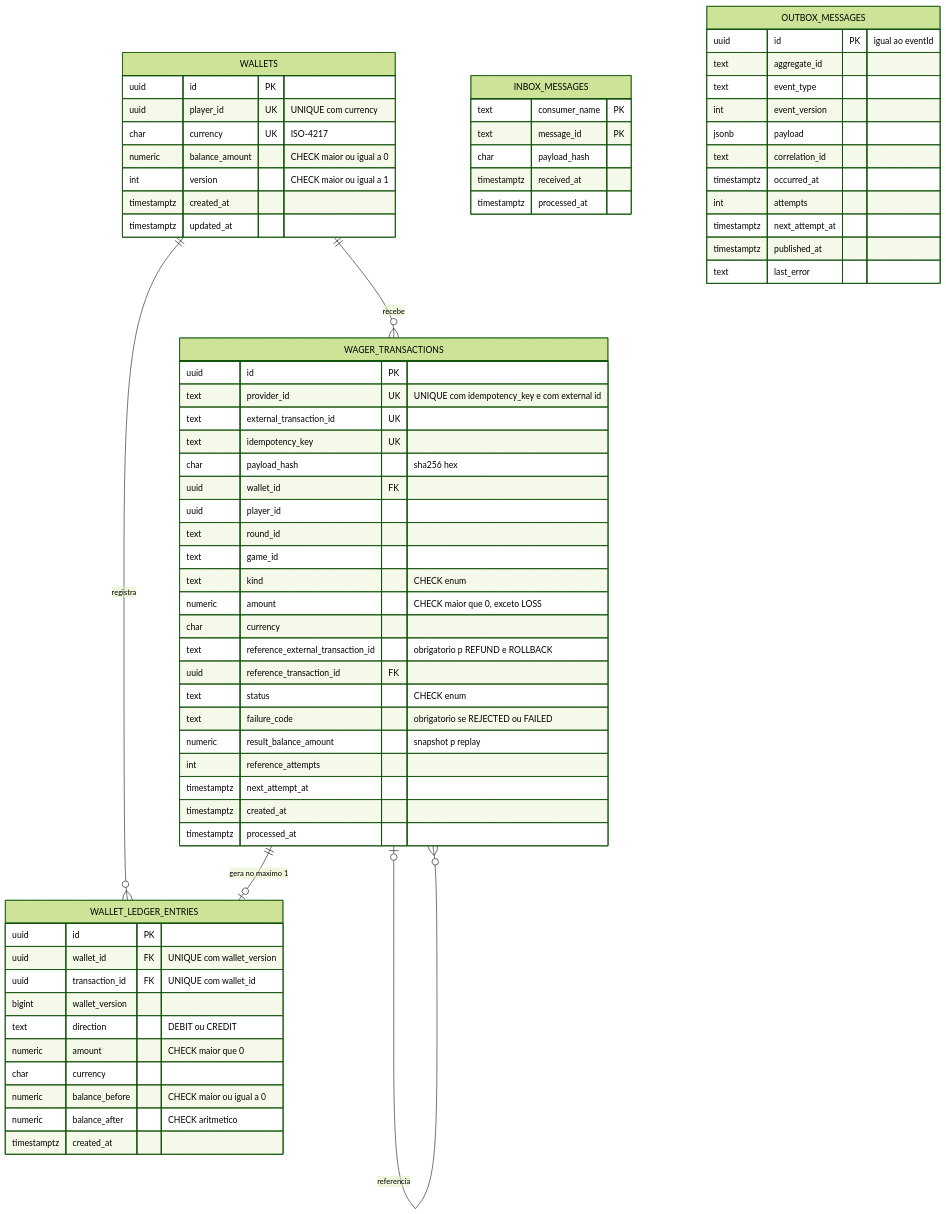
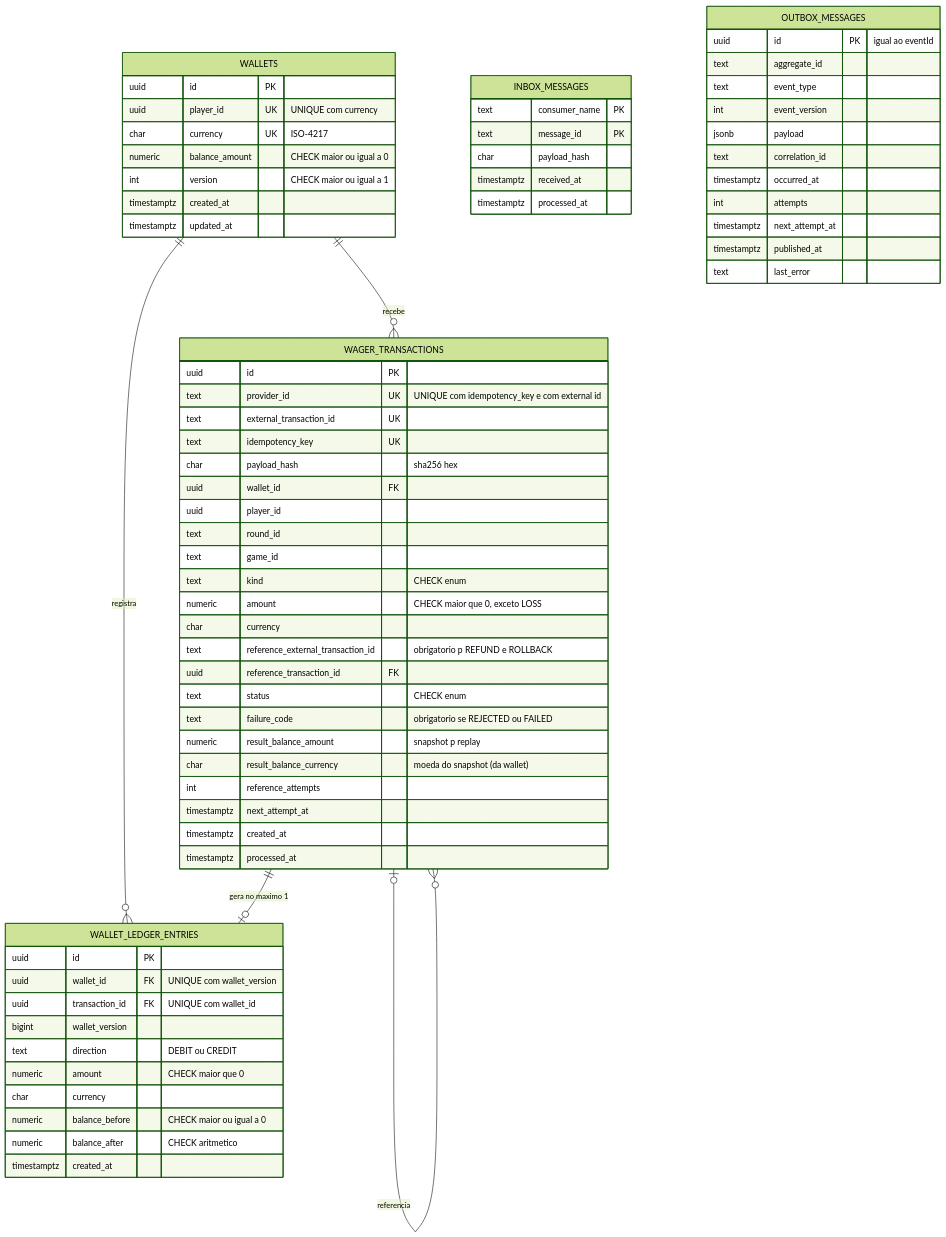
One commit to RodrigoTorreao/jungle-backend changed the sixth of 13 diagrams in ARCHITECTURE.md. Above: the diagram before and after it, drawn with Mermaid (forest theme). The commit also changed other lines of this file and 4 other files, not shown here.

Commit message:
docs: sprint 2 schema guarantees, ADR-013 and decision log entries

````diff
--- a/ARCHITECTURE.md
+++ b/ARCHITECTURE.md
@@ -308,72 +308,73 @@
 ```mermaid
 erDiagram
     WALLETS ||--o{ WAGER_TRANSACTIONS : "recebe"
     WALLETS ||--o{ WALLET_LEDGER_ENTRIES : "registra"
     WAGER_TRANSACTIONS ||--o| WALLET_LEDGER_ENTRIES : "gera no maximo 1"
     WAGER_TRANSACTIONS |o--o{ WAGER_TRANSACTIONS : "referencia"
 
     WALLETS {
         uuid id PK
         uuid player_id UK "UNIQUE com currency"
         char currency UK "ISO-4217"
         numeric balance_amount "CHECK maior ou igual a 0"
         int version "CHECK maior ou igual a 1"
         timestamptz created_at
         timestamptz updated_at
     }
     WAGER_TRANSACTIONS {
         uuid id PK
         text provider_id UK "UNIQUE com idempotency_key e com external id"
         text external_transaction_id UK
         text idempotency_key UK
         char payload_hash "sha256 hex"
         uuid wallet_id FK
         uuid player_id
         text round_id
         text game_id
         text kind "CHECK enum"
         numeric amount "CHECK maior que 0, exceto LOSS"
         char currency
         text reference_external_transaction_id "obrigatorio p REFUND e ROLLBACK"
         uuid reference_transaction_id FK
         text status "CHECK enum"
         text failure_code "obrigatorio se REJECTED ou FAILED"
         numeric result_balance_amount "snapshot p replay"
+        char result_balance_currency "moeda do snapshot (da wallet)"
         int reference_attempts
         timestamptz next_attempt_at
         timestamptz created_at
         timestamptz processed_at
     }
     WALLET_LEDGER_ENTRIES {
         uuid id PK
         uuid wallet_id FK "UNIQUE com wallet_version"
         uuid transaction_id FK "UNIQUE com wallet_id"
         bigint wallet_version
         text direction "DEBIT ou CREDIT"
         numeric amount "CHECK maior que 0"
         char currency
         numeric balance_before "CHECK maior ou igual a 0"
         numeric balance_after "CHECK aritmetico"
         timestamptz created_at
     }
     INBOX_MESSAGES {
         text consumer_name PK
         text message_id PK
         char payload_hash
         timestamptz received_at
         timestamptz processed_at
     }
     OUTBOX_MESSAGES {
         uuid id PK "igual ao eventId"
         text aggregate_id
         text event_type
         int event_version
         jsonb payload
         text correlation_id
         timestamptz occurred_at
         int attempts
         timestamptz next_attempt_at
         timestamptz published_at
         text last_error
     }
 ```
````
